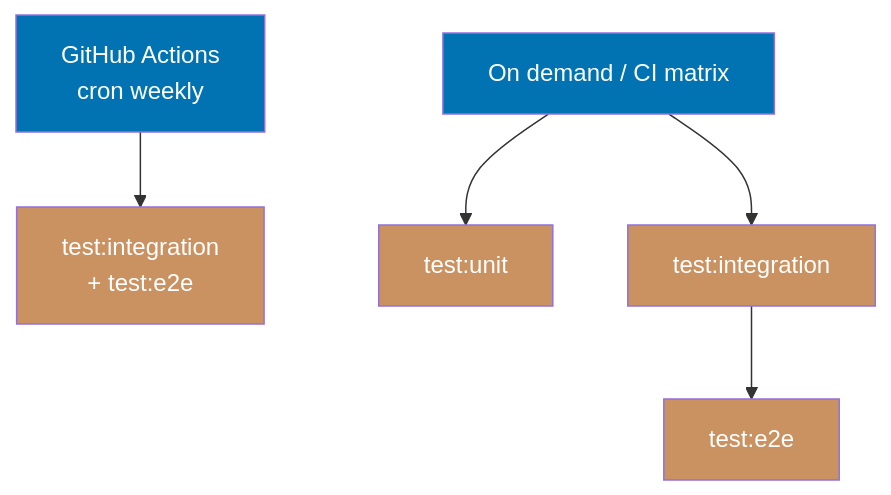
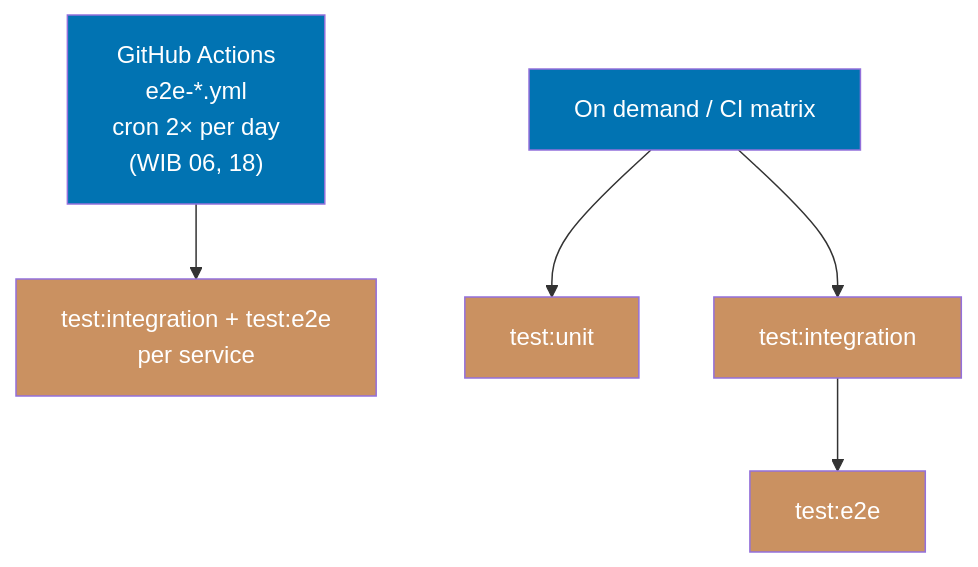
The second of 2 diagrams in repo-governance/development/infra/nx-targets.md (wahidyankf/ose-primer), drawn with Mermaid before and after one commit. The commit also changed other lines of this file and 101 other files, not shown here.

````diff
--- a/repo-governance/development/infra/nx-targets.md
+++ b/repo-governance/development/infra/nx-targets.md
@@ -63,15 +64,15 @@
 ```mermaid
 flowchart TD
-    H2["GitHub Actions<br/>cron weekly"] --> I2["test:integration<br/>+ test:e2e"]
+    H2["GitHub Actions<br/>e2e-*.yml<br/>cron 2× per day<br/>(WIB 06, 18)"] --> I2["test:integration + test:e2e<br/>per service"]
 
     J[On demand / CI matrix] --> K[test:unit]
     J --> L[test:integration]
     L --> M[test:e2e]
 
     style H2 fill:#0173B2,color:#fff
     style I2 fill:#CA9161,color:#fff
     style J fill:#0173B2,color:#fff
     style K fill:#CA9161,color:#fff
     style L fill:#CA9161,color:#fff
     style M fill:#CA9161,color:#fff
 ```
````
